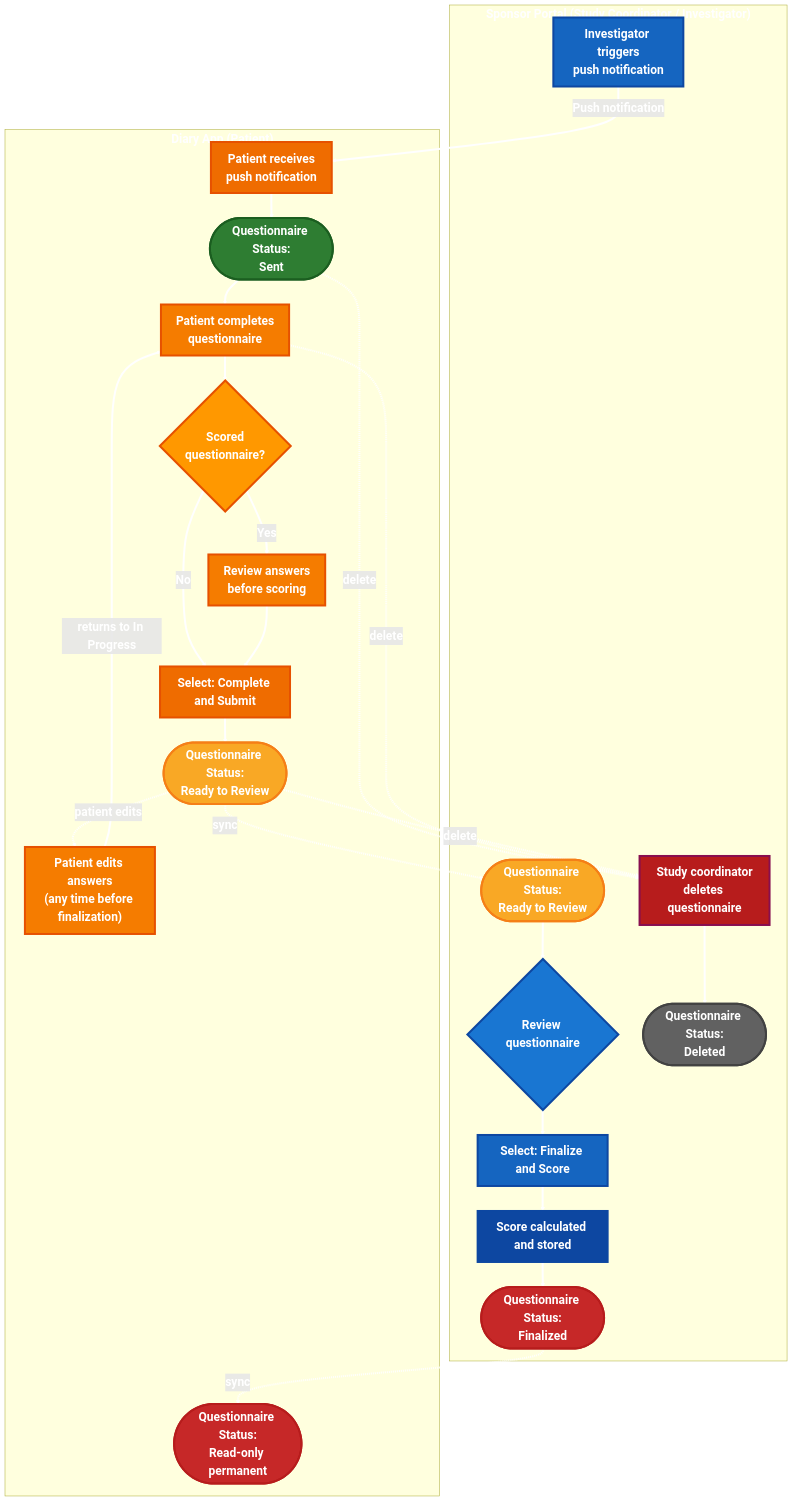
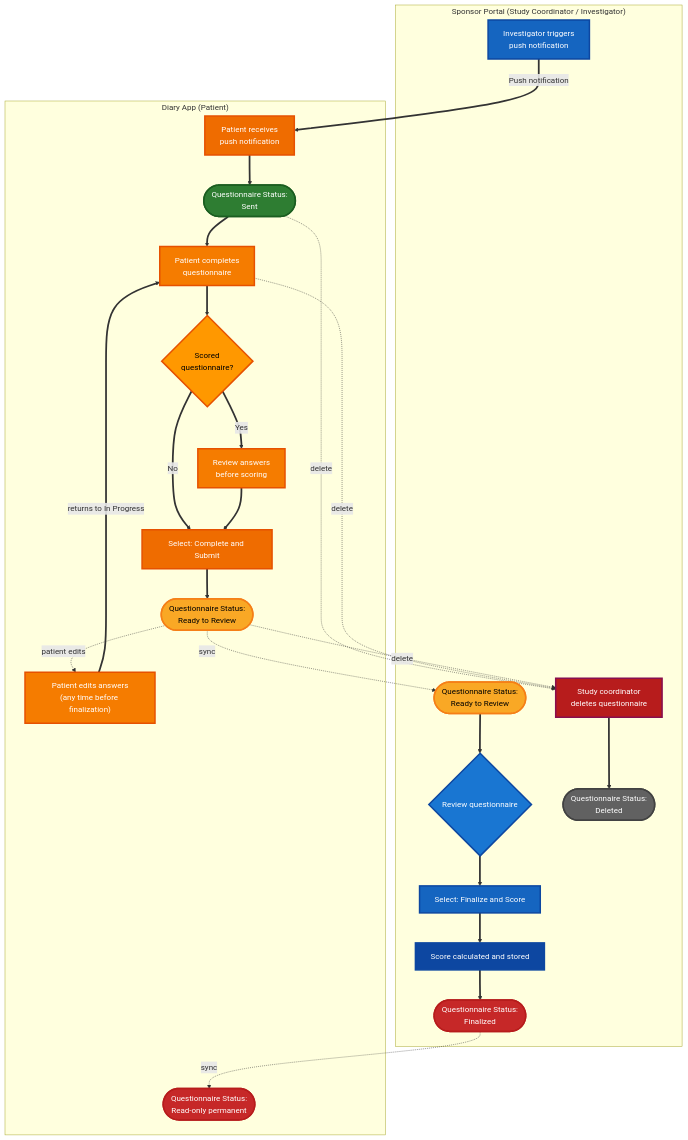
Before and after one commit to Cure-HHT/hht_diary: the diagram in spec/images/questionnaire-approval-workflow.mmd, drawn with Mermaid. The commit also changed 3 other files, not shown here.

First line of the commit message:
[CUR-971] Improve PNG diagram legibility and revert Dart changes

```diff
--- a/spec/images/questionnaire-approval-workflow.mmd
+++ b/spec/images/questionnaire-approval-workflow.mmd
@@ -1,77 +1,74 @@
-%%{init: {'flowchart': {'htmlLabels': true, 'arrowMarkerAbsolute': true}, 'flowchart': {'nodeSpacing': 50, 'rankSpacing': 50}}}%%
-    flowchart TD
-    subgraph Portal ["<b style='font-size:18pt; color:white'>Sponsor Portal (Study Coordinator / Investigator)</b>"]
-        A["<b style='font-size:18pt; color:white'>Investigator triggers<br/>push notification</b>"]
-        P_S2(["<b style='font-size:18pt; color:white'>Questionnaire Status:<br/>Ready to Review</b>"])
-        G{"<b style='font-size:18pt; color:white'>Review questionnaire</b>"}
-        H["<b style='font-size:18pt; color:white'>Select: Finalize and Score</b>"]
-        J["<b style='font-size:18pt; color:white'>Score calculated and stored</b>"]
-        P_S3(["<b style='font-size:18pt; color:white'>Questionnaire Status:<br/>Finalized</b>"])
-        DEL["<b style='font-size:18pt; color:white'>Study coordinator<br/>deletes questionnaire</b>"]
-        P_DEL(["<b style='font-size:18pt; color:white'>Questionnaire Status:<br/>Deleted</b>"])
+%%{init: {'flowchart': {'htmlLabels': true, 'nodeSpacing': 60, 'rankSpacing': 60}}}%%
+flowchart TD
+    subgraph Portal ["Sponsor Portal (Study Coordinator / Investigator)"]
+        A["Investigator triggers<br/>push notification"]
+        P_S2(["Questionnaire Status:<br/>Ready to Review"])
+        G{"Review questionnaire"}
+        H["Select: Finalize and Score"]
+        J["Score calculated and stored"]
+        P_S3(["Questionnaire Status:<br/>Finalized"])
+        DEL["Study coordinator<br/>deletes questionnaire"]
+        P_DEL(["Questionnaire Status:<br/>Deleted"])
     end
 
-    subgraph Diary ["<b style='font-size:18pt; color:white'>Diary App (Patient)</b>"]
-        B["<b style='font-size:18pt; color:white'>Patient receives<br/>push notification</b>"]
-        D_S1(["<b style='font-size:18pt; color:white'>Questionnaire Status:<br/>Sent</b>"])
-        C["<b style='font-size:18pt; color:white'>Patient completes<br/>questionnaire</b>"]
-        D{"<b style='font-size:18pt; color:white'>Scored<br/>questionnaire?</b>"}
-        E["<b style='font-size:18pt; color:white'>Review answers<br/>before scoring</b>"]
-        F["<b style='font-size:18pt; color:white'>Select: Complete and Submit</b>"]
-        D_S2(["<b style='font-size:18pt; color:white'>Questionnaire Status:<br/>Ready to Review</b>"])
-        EDIT["<b style='font-size:18pt; color:white'>Patient edits answers<br/>(any time before finalization)</b>"]
-        D_S3(["<b style='font-size:18pt; color:white'>Questionnaire Status:<br/>Read-only permanent</b>"])
+    subgraph Diary ["Diary App (Patient)"]
+        B["Patient receives<br/>push notification"]
+        D_S1(["Questionnaire Status:<br/>Sent"])
+        C["Patient completes<br/>questionnaire"]
+        D{"Scored<br/>questionnaire?"}
+        E["Review answers<br/>before scoring"]
+        F["Select: Complete and Submit"]
+        D_S2(["Questionnaire Status:<br/>Ready to Review"])
+        EDIT["Patient edits answers<br/>(any time before finalization)"]
+        D_S3(["Questionnaire Status:<br/>Read-only permanent"])
     end
 
-    A ==>|<b style='font-size:18pt; color:white; background:none'>Push notification</b>| B
+    A ==>|"Push notification"| B
     B ==> D_S1
     D_S1 ==> C
     C ==> D
-    D ==>|<b style='font-size:18pt; color:white; background:none'>Yes</b>| E
-    D ==>|<b style='font-size:18pt; color:white; background:none'>No</b>| F
+    D ==>|"Yes"| E
+    D ==>|"No"| F
     E ==> F
     F ==> D_S2
-    D_S2 -.->|<b style='font-size:18pt; color:white; background:none'>sync</b>| P_S2
+    D_S2 -.->|"sync"| P_S2
     P_S2 ==> G
     G ==> H
     H ==> J
     J ==> P_S3
-    P_S3 -.->|<b style='font-size:18pt; color:white; background:none'>sync</b>| D_S3
+    P_S3 -.->|"sync"| D_S3
 
     %% Patient can edit at any time before finalization
-    D_S2 -.->|<b style='font-size:18pt; color:white; background:none'>patient edits</b>| EDIT
-    EDIT ==>|<b style='font-size:18pt; color:white; background:none'>returns to In Progress</b>| C
+    D_S2 -.->|"patient edits"| EDIT
+    EDIT ==>|"returns to In Progress"| C
 
     %% Delete available from Sent, In Progress, Ready to Review
-    D_S1 -.->|<b style='font-size:18pt; color:white; background:none'>delete</b>| DEL
-    C -.->|<b style='font-size:18pt; color:white; background:none'>delete</b>| DEL
-    D_S2 -.->|<b style='font-size:18pt; color:white; background:none'>delete</b>| DEL
+    D_S1 -.->|"delete"| DEL
+    C -.->|"delete"| DEL
+    D_S2 -.->|"delete"| DEL
     DEL ==> P_DEL
 
     %% Portal nodes - blue theme
-    style A fill:#1565c0,color:#ffffff,stroke:#0d47a1,stroke-width:4px
-    style G fill:#1976d2,color:#ffffff,stroke:#0d47a1,stroke-width:4px
-    style H fill:#1565c0,color:#ffffff,stroke:#0d47a1,stroke-width:4px
-    style J fill:#0d47a1,color:#ffffff,stroke:#0d47a1,stroke-width:4px
-    style DEL fill:#b71c1c,color:#ffffff,stroke:#880e4f,stroke-width:4px
+    style A fill:#1565c0,color:#ffffff,stroke:#0d47a1,stroke-width:3px
+    style G fill:#1976d2,color:#ffffff,stroke:#0d47a1,stroke-width:3px
+    style H fill:#1565c0,color:#ffffff,stroke:#0d47a1,stroke-width:3px
+    style J fill:#0d47a1,color:#ffffff,stroke:#0d47a1,stroke-width:3px
+    style DEL fill:#b71c1c,color:#ffffff,stroke:#880e4f,stroke-width:3px
 
     %% Diary nodes - orange theme
-    style B fill:#ef6c00,color:#ffffff,stroke:#e65100,stroke-width:4px
-    style C fill:#f57c00,color:#ffffff,stroke:#e65100,stroke-width:4px
-    style D fill:#ff9800,color:#000000,stroke:#e65100,stroke-width:4px
-    style E fill:#f57c00,color:#ffffff,stroke:#e65100,stroke-width:4px
-    style F fill:#ef6c00,color:#ffffff,stroke:#e65100,stroke-width:4px
-    style EDIT fill:#f57c00,color:#ffffff,stroke:#e65100,stroke-width:4px
+    style B fill:#ef6c00,color:#ffffff,stroke:#e65100,stroke-width:3px
+    style C fill:#f57c00,color:#ffffff,stroke:#e65100,stroke-width:3px
+    style D fill:#ff9800,color:#000000,stroke:#e65100,stroke-width:3px
+    style E fill:#f57c00,color:#ffffff,stroke:#e65100,stroke-width:3px
+    style F fill:#ef6c00,color:#ffffff,stroke:#e65100,stroke-width:3px
+    style EDIT fill:#f57c00,color:#ffffff,stroke:#e65100,stroke-width:3px
 
     %% Status nodes - Diary side
-    style D_S1 fill:#2e7d32,color:#ffffff,stroke:#1b5e20,stroke-width:4px
-    style D_S2 fill:#f9a825,color:#000000,stroke:#f57f17,stroke-width:4px
-    style D_S3 fill:#c62828,color:#ffffff,stroke:#b71c1c,stroke-width:4px
+    style D_S1 fill:#2e7d32,color:#ffffff,stroke:#1b5e20,stroke-width:3px
+    style D_S2 fill:#f9a825,color:#000000,stroke:#f57f17,stroke-width:3px
+    style D_S3 fill:#c62828,color:#ffffff,stroke:#b71c1c,stroke-width:3px
 
     %% Status nodes - Portal side
-    style P_S2 fill:#f9a825,color:#000000,stroke:#f57f17,stroke-width:4px
-    style P_S3 fill:#c62828,color:#ffffff,stroke:#b71c1c,stroke-width:4px
-    style P_DEL fill:#616161,color:#ffffff,stroke:#424242,stroke-width:4px
-
-    %% Make all arrow heads bigger by increasing stroke width
-    linkStyle default stroke:#ffffff,stroke-width:4px
+    style P_S2 fill:#f9a825,color:#000000,stroke:#f57f17,stroke-width:3px
+    style P_S3 fill:#c62828,color:#ffffff,stroke:#b71c1c,stroke-width:3px
+    style P_DEL fill:#616161,color:#ffffff,stroke:#424242,stroke-width:3px
```
